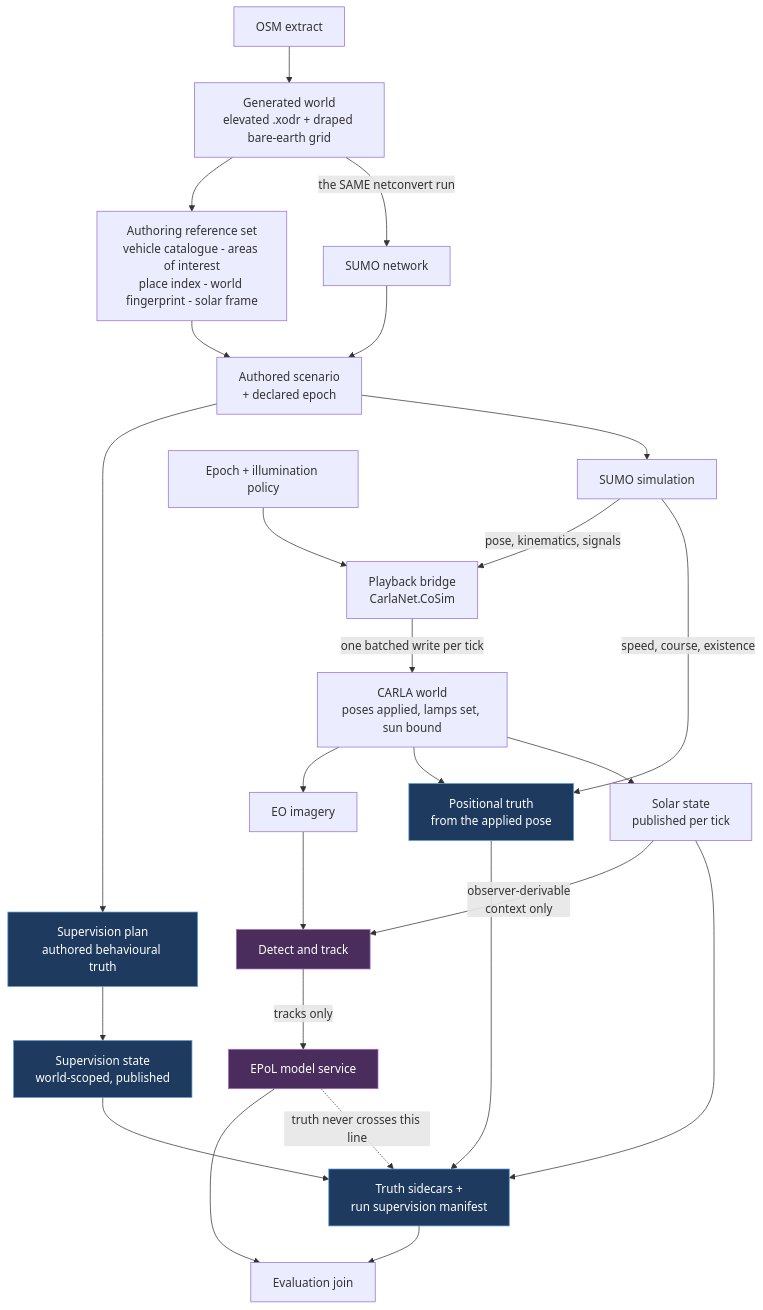
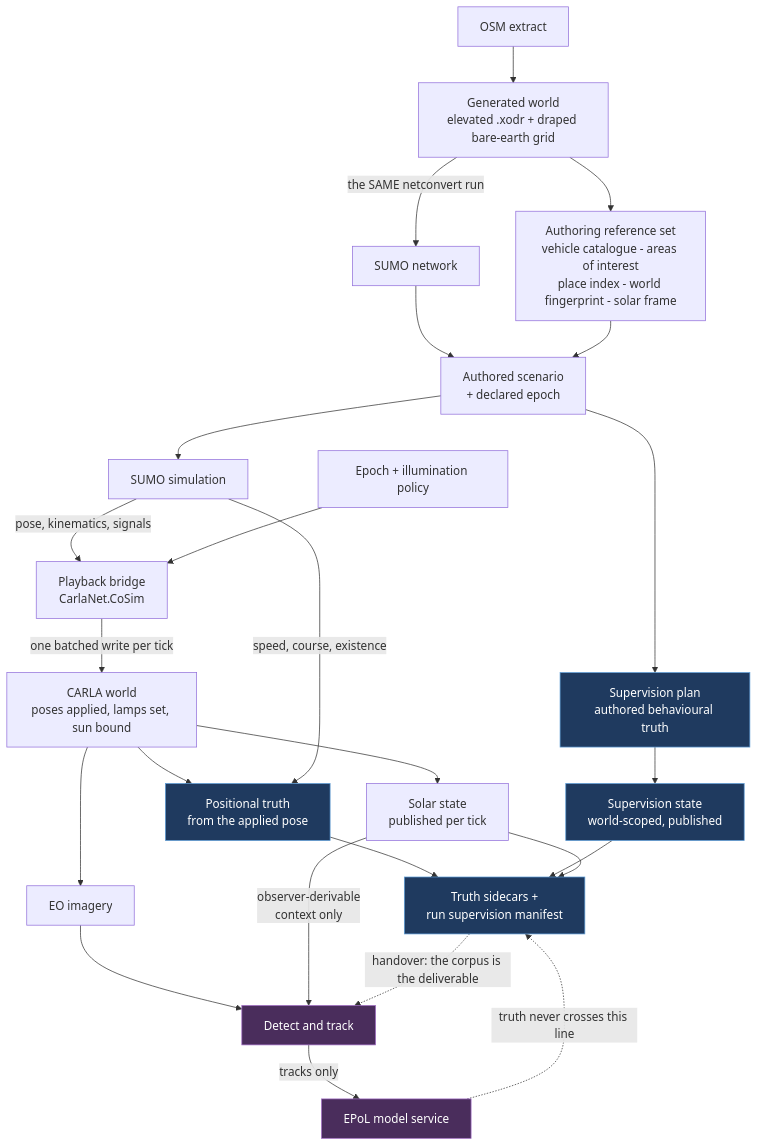
The diagram in Docs/CAT_Research/Plans/SUMO_Behavioral_Capture/00_Overview.md (sbrett9/carla), drawn with Mermaid before and after one commit. The commit also changed other lines of this file and 10 other files, not shown here.

````diff
--- a/Docs/CAT_Research/Plans/SUMO_Behavioral_Capture/00_Overview.md
+++ b/Docs/CAT_Research/Plans/SUMO_Behavioral_Capture/00_Overview.md
@@ -23,36 +30,35 @@
 ```mermaid
 flowchart TB
     OSM["OSM extract"] --> W["Generated world<br/>elevated .xodr + draped bare-earth grid"]
     W --> REF["Authoring reference set<br/>vehicle catalogue - areas of interest<br/>place index - world fingerprint - solar frame"]
     W -->|"the SAME netconvert run"| NET["SUMO network"]
     NET --> SC["Authored scenario<br/>+ declared epoch"]
     REF --> SC
     SC --> SUP["Supervision plan<br/>authored behavioural truth"]
 
     SC --> SUMO["SUMO simulation"]
     SUMO -->|"pose, kinematics, signals"| BR["Playback bridge<br/>CarlaNet.CoSim"]
     EP["Epoch + illumination policy"] --> BR
     BR -->|"one batched write per tick"| CAR["CARLA world<br/>poses applied, lamps set, sun bound"]
 
     CAR --> IMG["EO imagery"]
     CAR --> PT["Positional truth<br/>from the applied pose"]
     CAR --> SOL["Solar state<br/>published per tick"]
     SUP --> SS["Supervision state<br/>world-scoped, published"]
     SUMO -->|"speed, course, existence"| PT
 
     IMG --> DT["Detect and track"]
     SOL -->|"observer-derivable<br/>context only"| DT
     DT -->|"tracks only"| EPOL["EPoL model service"]
     PT --> SIDE["Truth sidecars +<br/>run supervision manifest"]
     SS --> SIDE
     SOL --> SIDE
 
-    EPOL --> EV["Evaluation join"]
-    SIDE --> EV
+    SIDE -.->|"handover: the corpus is the deliverable"| DT
     EPOL -.->|"truth never crosses this line"| SIDE
 
     classDef truth fill:#1f3a5f,stroke:#5b9bd5,color:#fff
     classDef model fill:#4a2d5c,stroke:#a06cc4,color:#fff
     class PT,SS,SIDE,SUP truth
     class DT,EPOL model
 ```
````
